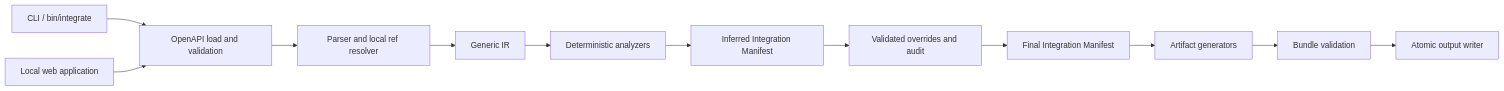
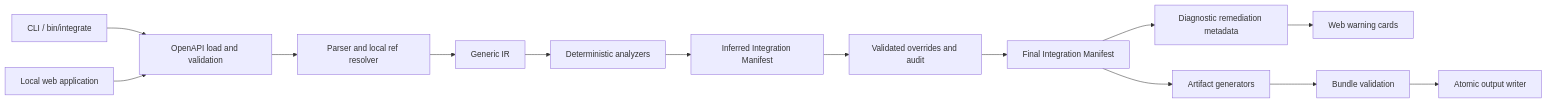
One commit to ymb812/MarketKit-Kotov-Gubin changed the diagram in MODULE_MAP.md. Above: the diagram before and after it, drawn with Mermaid. The commit also changed other lines of this file and 37 other files, not shown here.

````diff
--- a/MODULE_MAP.md
+++ b/MODULE_MAP.md
@@ -7,14 +7,16 @@
 ```mermaid
 flowchart LR
     CLI[CLI / bin/integrate] --> LOAD[OpenAPI load and validation]
     WEB[Local web application] --> LOAD
     LOAD --> PARSE[Parser and local ref resolver]
     PARSE --> GIR[Generic IR]
     GIR --> ANALYZE[Deterministic analyzers]
     ANALYZE --> INFERRED[Inferred Integration Manifest]
     INFERRED --> OVERRIDES[Validated overrides and audit]
     OVERRIDES --> FINAL[Final Integration Manifest]
+    FINAL --> REMEDIATION[Diagnostic remediation metadata]
+    REMEDIATION --> WEBUI[Web warning cards]
     FINAL --> BUNDLE[Artifact generators]
     BUNDLE --> VALIDATE[Bundle validation]
     VALIDATE --> WRITE[Atomic output writer]
 ```
````
